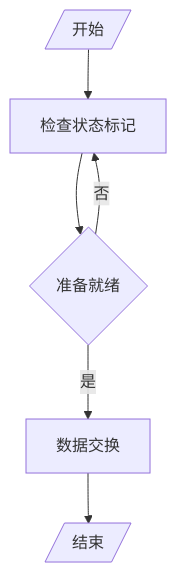
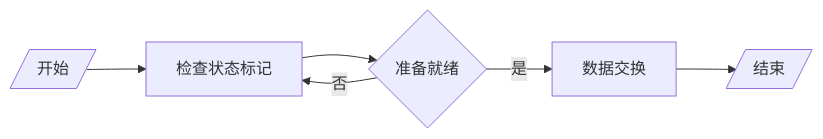
One commit to Han-Haocheng/my-note changed the first of 3 diagrams in 计算机科学/组成/输入输出/IO 控制方式.md. Above: the diagram before and after it, drawn with Mermaid.

Commit message:
Update from Sync Service

````diff
--- a/计算机科学/组成/输入输出/IO 控制方式.md
+++ b/计算机科学/组成/输入输出/IO 控制方式.md
@@ -11,5 +11,5 @@
 ```mermaid
-graph TB
+graph LR
   A[/开始/]-->D[检查状态标记]-->B{准备就绪}-->|是|数据交换-->C[/结束/]
   B-->|否|D
 ```
````
